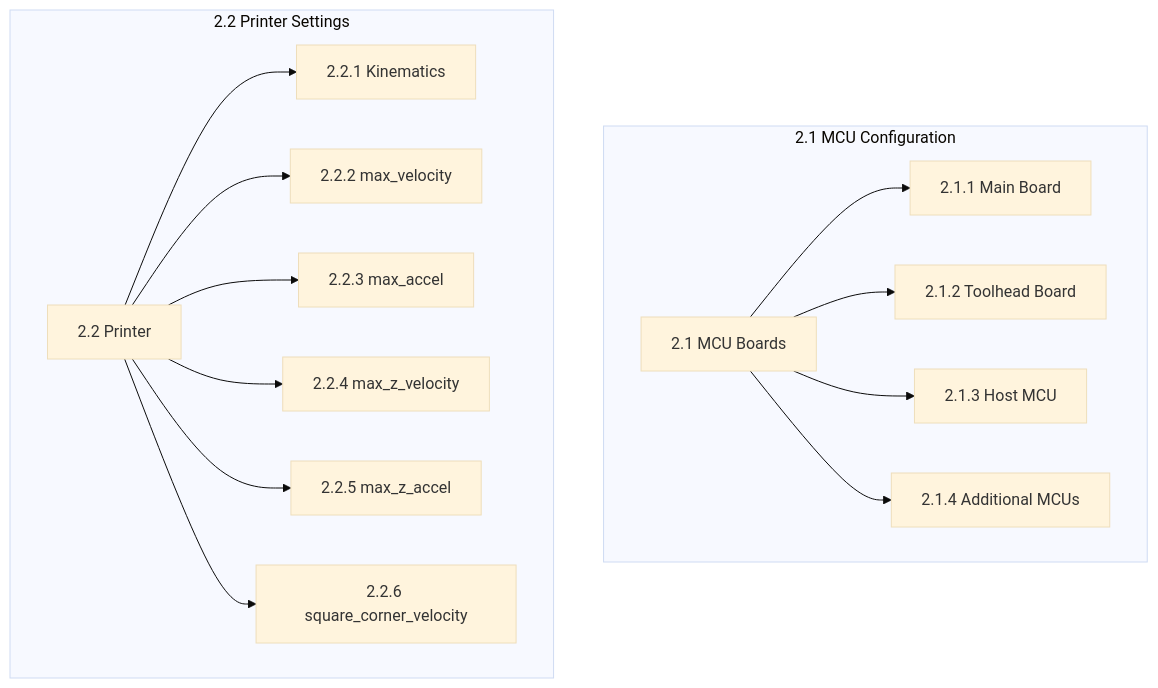
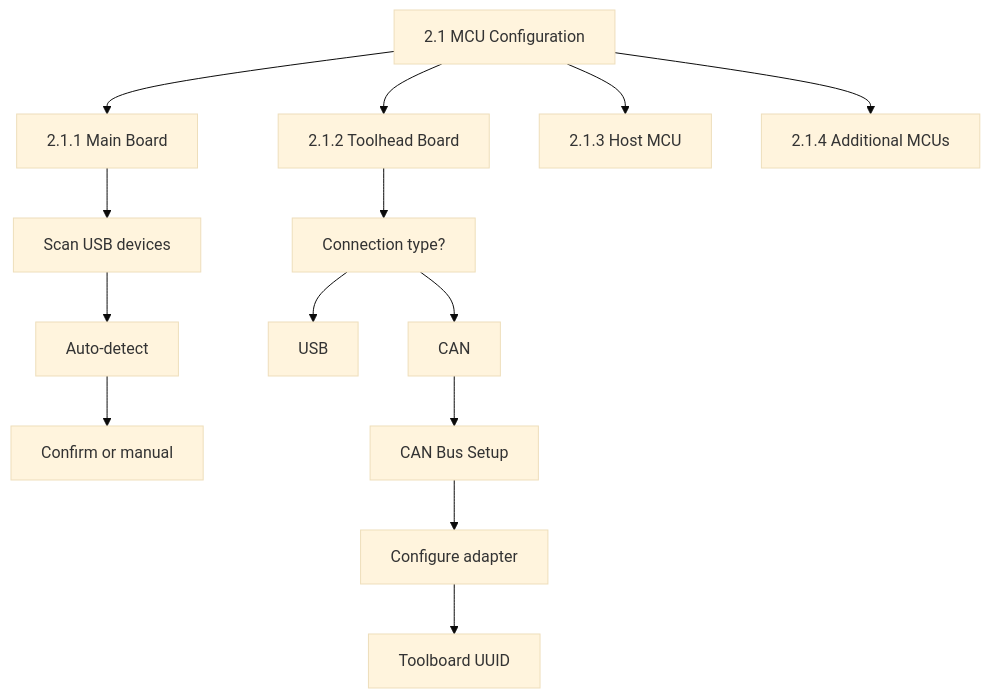
The second of 6 diagrams in docs/diagrams/wizard-menu-structure.md (gueee/gschpoozi), drawn with Mermaid (base theme) before and after one commit. The commit also changed other lines of this file and 1 other file, not shown here.

First line of the commit message:
docs: Add comprehensive wizard structure specification and initial menu schema

````diff
--- a/docs/diagrams/wizard-menu-structure.md
+++ b/docs/diagrams/wizard-menu-structure.md
@@ -508,32 +669,25 @@
 ```mermaid
 flowchart TD
-    subgraph mcu [2.1 MCU Configuration]
-        M2_1["2.1 MCU Boards"]
-        M2_1_1["2.1.1 Main Board"]
-        M2_1_2["2.1.2 Toolhead Board"]
-        M2_1_3["2.1.3 Host MCU"]
-        M2_1_4["2.1.4 Additional MCUs"]
-    end
+    MCU["2.1 MCU Configuration"]
     
-    subgraph printer [2.2 Printer Settings]
-        M2_2["2.2 Printer"]
-        M2_2_1["2.2.1 Kinematics"]
-        M2_2_2["2.2.2 max_velocity"]
-        M2_2_3["2.2.3 max_accel"]
-        M2_2_4["2.2.4 max_z_velocity"]
-        M2_2_5["2.2.5 max_z_accel"]
-        M2_2_6["2.2.6 square_corner_velocity"]
-    end
+    MAIN["2.1.1 Main Board"]
+    TOOL["2.1.2 Toolhead Board"]
+    HOST["2.1.3 Host MCU"]
+    ADD["2.1.4 Additional MCUs"]
     
-    M2_1 --> M2_1_1
-    M2_1 --> M2_1_2
-    M2_1 --> M2_1_3
-    M2_1 --> M2_1_4
+    MCU --> MAIN
+    MCU --> TOOL
+    MCU --> HOST
+    MCU --> ADD
     
-    M2_2 --> M2_2_1
-    M2_2 --> M2_2_2
-    M2_2 --> M2_2_3
-    M2_2 --> M2_2_4
-    M2_2 --> M2_2_5
-    M2_2 --> M2_2_6
+    MAIN --> MAIN_SCAN["Scan USB devices"]
+    MAIN_SCAN --> MAIN_DETECT["Auto-detect"]
+    MAIN_DETECT --> MAIN_CONFIRM["Confirm or manual"]
+    
+    TOOL --> TOOL_CONN["Connection type?"]
+    TOOL_CONN --> TOOL_USB["USB"]
+    TOOL_CONN --> TOOL_CAN["CAN"]
+    TOOL_CAN --> CAN_SETUP["CAN Bus Setup"]
+    CAN_SETUP --> CAN_ADAPTER["Configure adapter"]
+    CAN_ADAPTER --> TOOL_UUID["Toolboard UUID"]
 ```
````
